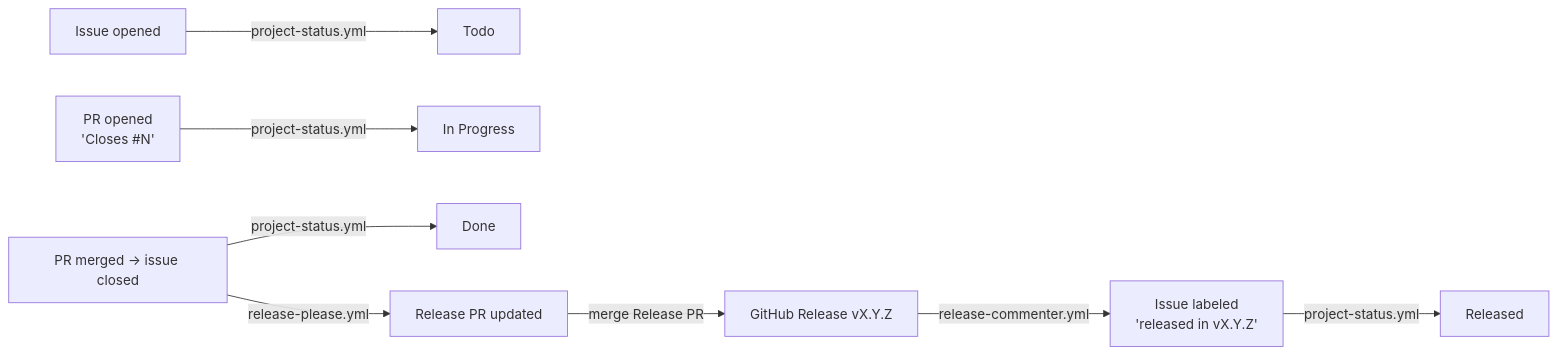
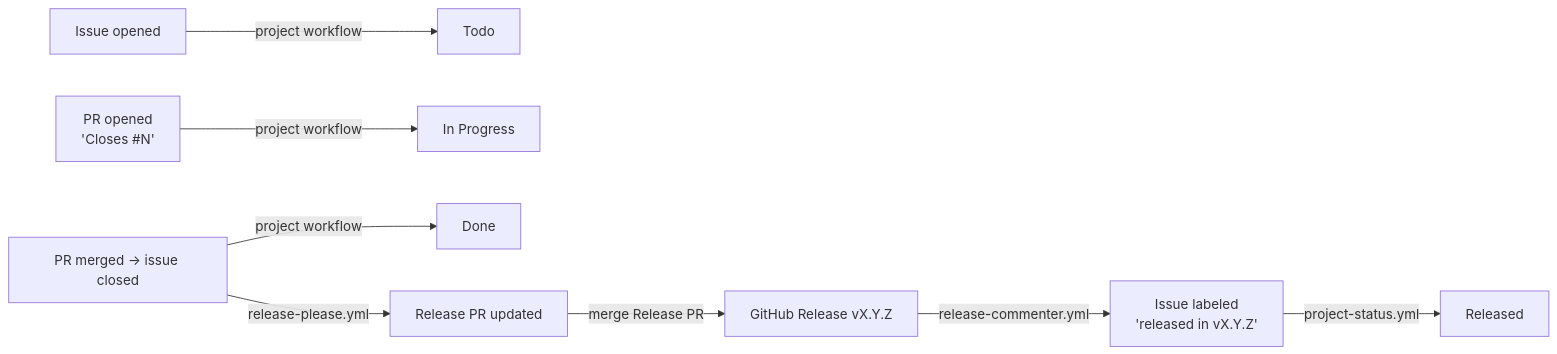
One commit to developmentseed/release-tracking-demo changed the diagram in README.md. Above: the diagram before and after it, drawn with Mermaid. The commit also changed other lines of this file and 2 other files, not shown here.

First line of the commit message:
chore: use built-in project workflows for Todo/In Progress/Done

````diff
--- a/README.md
+++ b/README.md
@@ -6,10 +6,10 @@
 ```mermaid
 flowchart LR
-  A[Issue opened] -->|project-status.yml| T[Todo]
-  B[PR opened<br/>'Closes #N'] -->|project-status.yml| P[In Progress]
-  C[PR merged → issue closed] -->|project-status.yml| D[Done]
+  A[Issue opened] -->|project workflow| T[Todo]
+  B[PR opened<br/>'Closes #N'] -->|project workflow| P[In Progress]
+  C[PR merged → issue closed] -->|project workflow| D[Done]
   C -->|release-please.yml| R[Release PR updated]
   R -->|merge Release PR| V[GitHub Release vX.Y.Z]
   V -->|release-commenter.yml| L[Issue labeled<br/>'released in vX.Y.Z']
   L -->|project-status.yml| X[Released]
 ```
````
